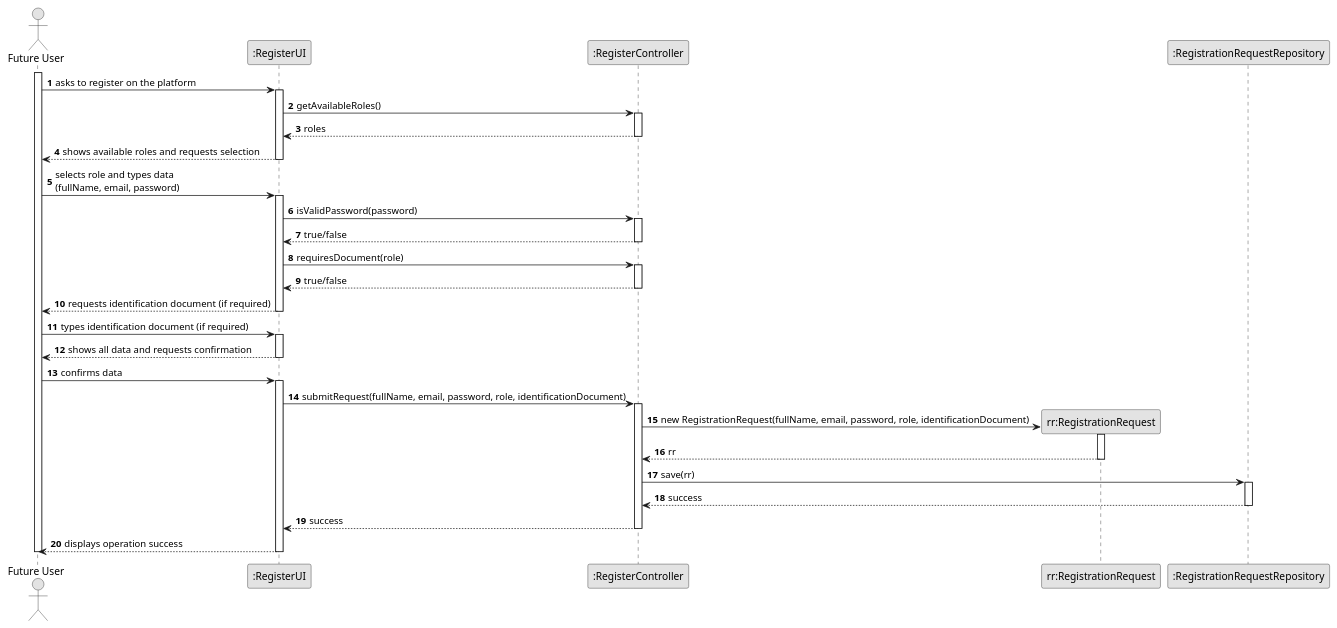
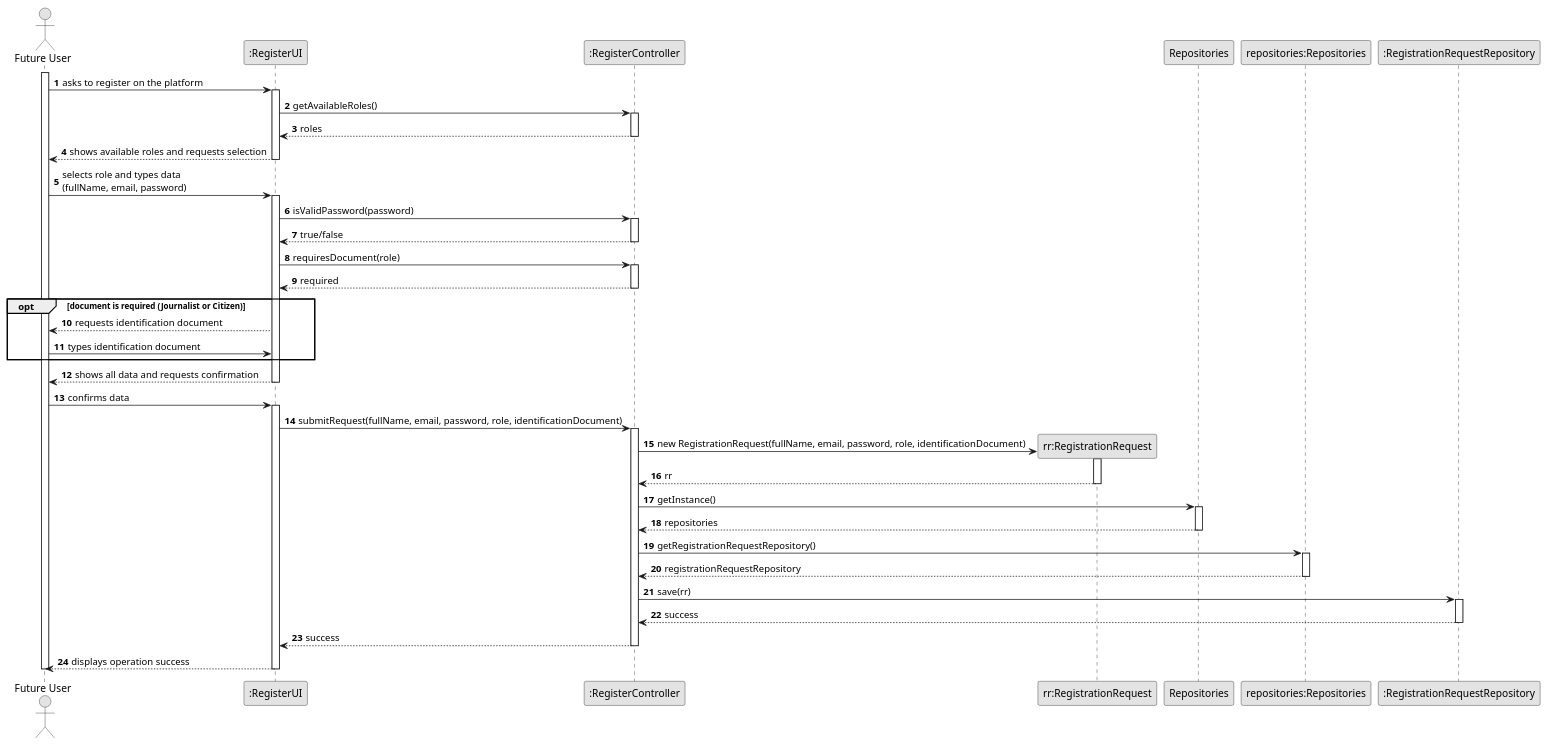
One commit to brunodspinto/crystal-clear-platform changed the diagram in docs/system-documentation/US01/03.design/puml/US01-SD.puml. Above: the diagram before and after it, drawn with PlantUML. The commit also changed 11 other files, not shown here.

Commit message:
Updated design diagrams and svgs

```diff
--- a/docs/system-documentation/US01/03.design/puml/US01-SD.puml
+++ b/docs/system-documentation/US01/03.design/puml/US01-SD.puml
@@ -1,67 +1,80 @@
 @startuml US01-SD
 skinparam monochrome true
 skinparam packageStyle rectangle
 skinparam shadowing false
 
 autonumber
 
 actor "Future User" as User
 participant ":RegisterUI" as UI
 participant ":RegisterController" as CTRL
 participant "rr:RegistrationRequest" as RR
+participant "Repositories" as REPOS
+participant "repositories:Repositories" as REPOS_SINGLETON
 participant ":RegistrationRequestRepository" as REPO
 
 activate User
 
     User -> UI : asks to register on the platform
     activate UI
         UI -> CTRL : getAvailableRoles()
         activate CTRL
             CTRL --> UI : roles
         deactivate CTRL
         UI --> User : shows available roles and requests selection
     deactivate UI
 
     User -> UI : selects role and types data\n(fullName, email, password)
     activate UI
         UI -> CTRL : isValidPassword(password)
         activate CTRL
             CTRL --> UI : true/false
         deactivate CTRL
         UI -> CTRL : requiresDocument(role)
         activate CTRL
-            CTRL --> UI : true/false
+            CTRL --> UI : required
         deactivate CTRL
-        UI --> User : requests identification document (if required)
-    deactivate UI
 
-    User -> UI : types identification document (if required)
-    activate UI
+        opt document is required (Journalist or Citizen)
+            UI --> User : requests identification document
+            User -> UI : types identification document
+        end
+
         UI --> User : shows all data and requests confirmation
     deactivate UI
 
     User -> UI : confirms data
     activate UI
 
         UI -> CTRL : submitRequest(fullName, email, password, role, identificationDocument)
         activate CTRL
 
             CTRL -> RR ** : new RegistrationRequest(fullName, email, password, role, identificationDocument)
             activate RR
                 RR --> CTRL : rr
             deactivate RR
+
+            CTRL -> REPOS : getInstance()
+            activate REPOS
+                REPOS --> CTRL : repositories
+            deactivate REPOS
+
+            CTRL -> REPOS_SINGLETON : getRegistrationRequestRepository()
+            activate REPOS_SINGLETON
+                REPOS_SINGLETON --> CTRL : registrationRequestRepository
+            deactivate REPOS_SINGLETON
 
             CTRL -> REPO : save(rr)
             activate REPO
                 REPO --> CTRL : success
             deactivate REPO
 
             CTRL --> UI : success
         deactivate CTRL
 
         UI --> User : displays operation success
     deactivate UI
 
 deactivate User
 
 @enduml
```
